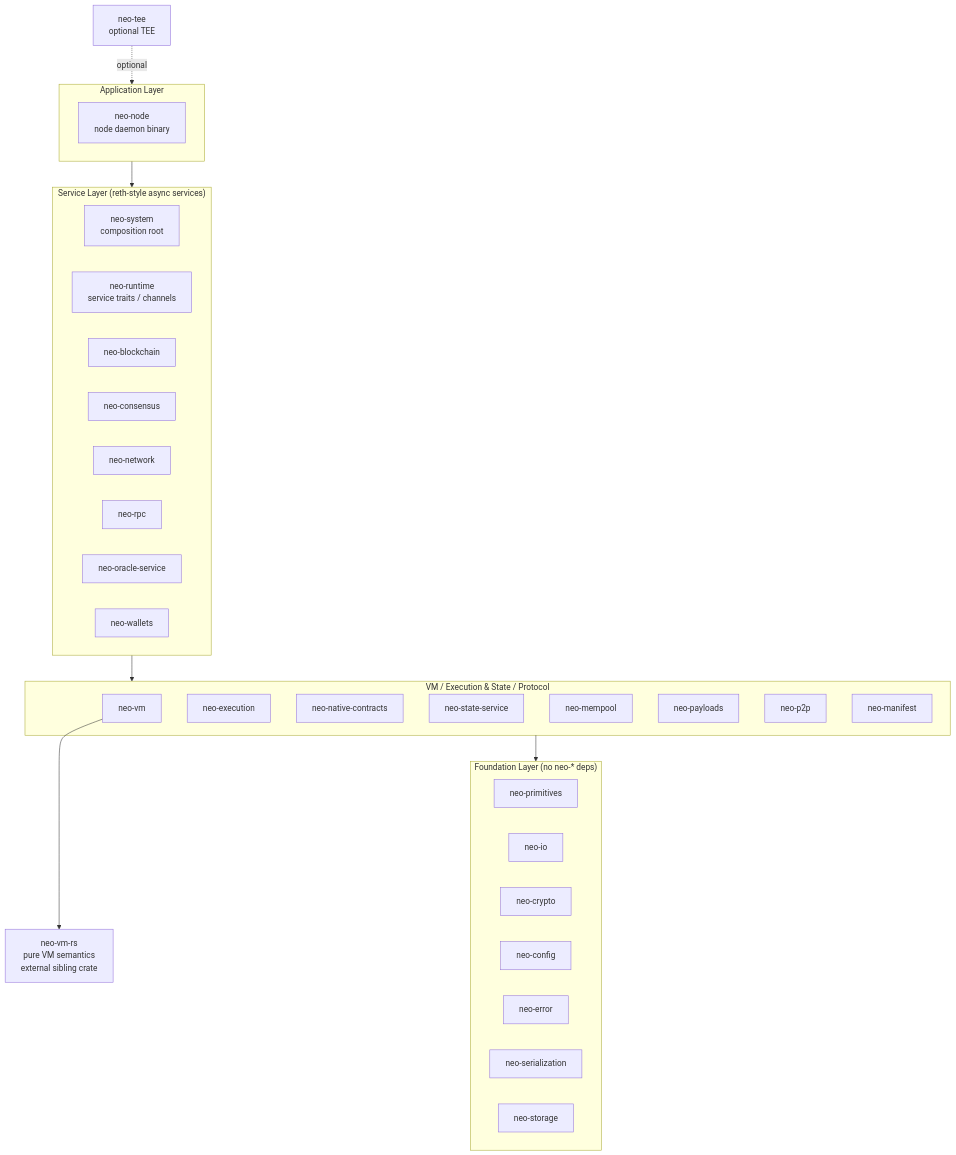
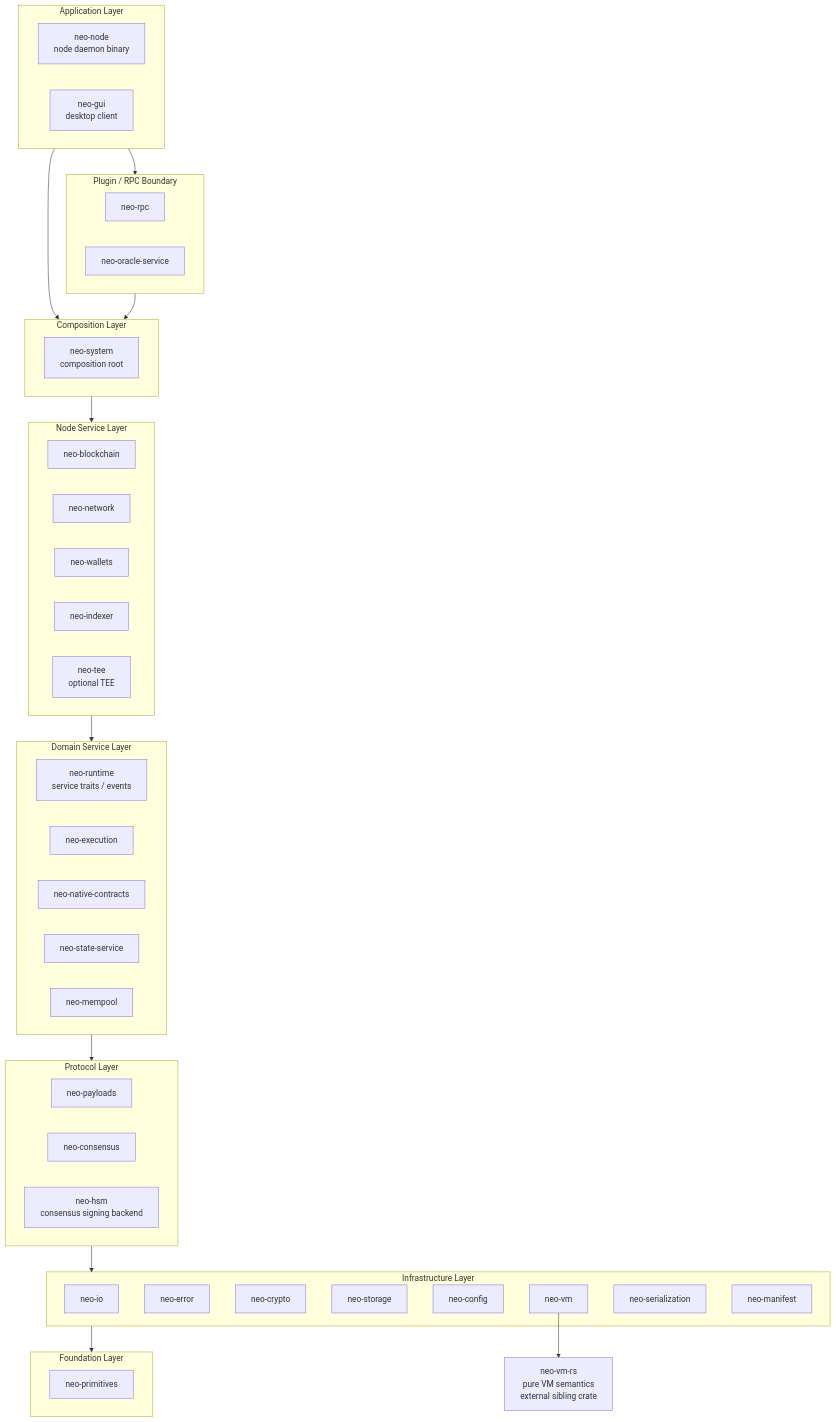
Before and after one commit to r3e-network/neo-rs: the diagram in docs/architecture.md, drawn with Mermaid. The commit also changed other lines of this file and 19 other files, not shown here.

````diff
--- a/docs/architecture.md
+++ b/docs/architecture.md
@@ -23,46 +24,65 @@
 ```mermaid
 flowchart TD
     subgraph APP["Application Layer"]
         node[neo-node<br/>node daemon binary]
+        gui[neo-gui<br/>desktop client]
     end
 
-    subgraph SVC["Service Layer (reth-style async services)"]
-        system[neo-system<br/>composition root]
-        runtime[neo-runtime<br/>service traits / channels]
-        blockchain[neo-blockchain]
-        consensus[neo-consensus]
-        network[neo-network]
+    subgraph PLUG["Plugin / RPC Boundary"]
         rpc[neo-rpc]
         oracle[neo-oracle-service]
-        wallets[neo-wallets]
     end
 
-    subgraph MID["VM / Execution & State / Protocol"]
-        vm[neo-vm]
+    subgraph COMP["Composition Layer"]
+        system[neo-system<br/>composition root]
+    end
+
+    subgraph SVC["Node Service Layer"]
+        blockchain[neo-blockchain]
+        network[neo-network]
+        wallets[neo-wallets]
+        indexer[neo-indexer]
+        tee[neo-tee<br/>optional TEE]
+    end
+
+    subgraph DOM["Domain Service Layer"]
+        runtime[neo-runtime<br/>service traits / events]
         execution[neo-execution]
         natives[neo-native-contracts]
         state[neo-state-service]
         mempool[neo-mempool]
+    end
+
+    subgraph PROTO["Protocol Layer"]
         payloads[neo-payloads]
-        p2p[neo-p2p]
+        consensus[neo-consensus]
+        hsm[neo-hsm<br/>consensus signing backend]
+    end
+
+    subgraph INF["Infrastructure Layer"]
+        io[neo-io]
+        error[neo-error]
+        crypto[neo-crypto]
+        storage[neo-storage]
+        config[neo-config]
+        vm[neo-vm]
+        serialization[neo-serialization]
         manifest[neo-manifest]
     end
 
-    subgraph FND["Foundation Layer (no neo-* deps)"]
+    subgraph FND["Foundation Layer"]
         primitives[neo-primitives]
-        io[neo-io]
-        crypto[neo-crypto]
-        config[neo-config]
-        error[neo-error]
-        serialization[neo-serialization]
-        storage[neo-storage]
     end
 
     extvm[neo-vm-rs<br/>pure VM semantics<br/>external sibling crate]
 
-    APP --> SVC
-    SVC --> MID
-    MID --> FND
+    APP --> PLUG
+    APP --> COMP
+    PLUG --> COMP
+    COMP --> SVC
+    SVC --> DOM
+    DOM --> PROTO
+    PROTO --> INF
+    INF --> FND
     vm --> extvm
-    tee[neo-tee<br/>optional TEE] -.optional.-> APP
 ```
````
